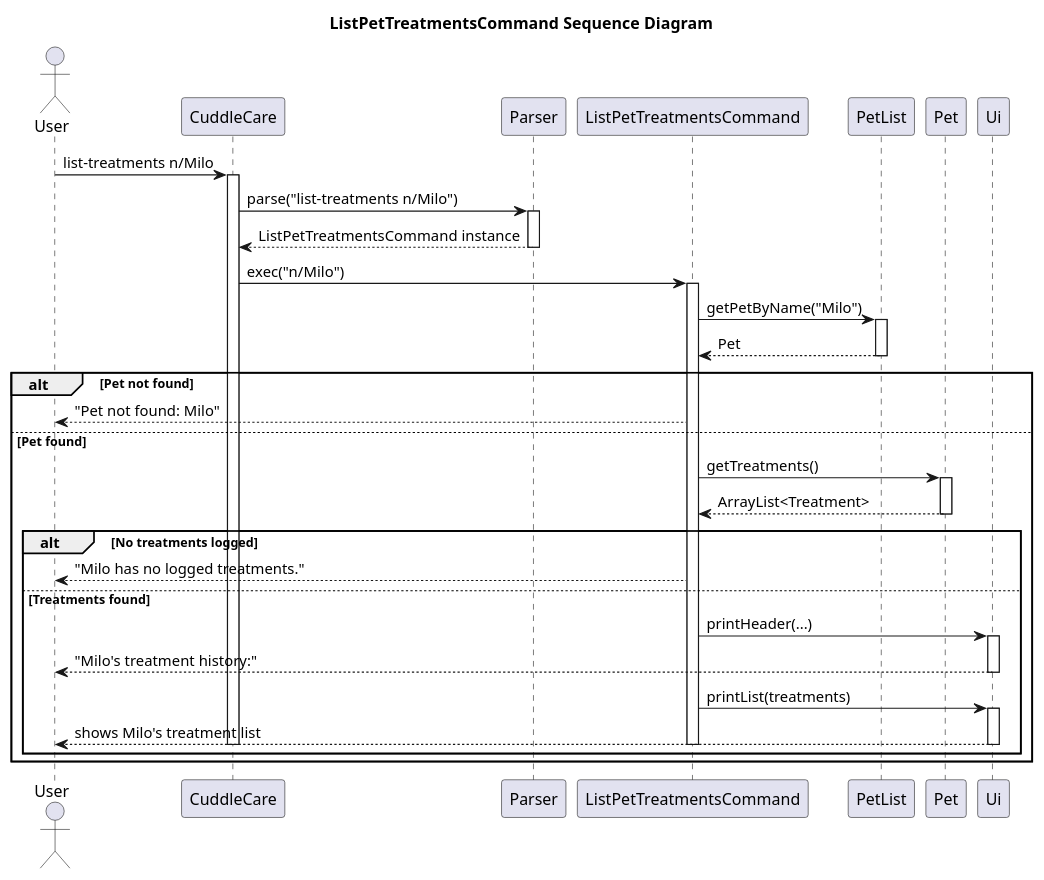
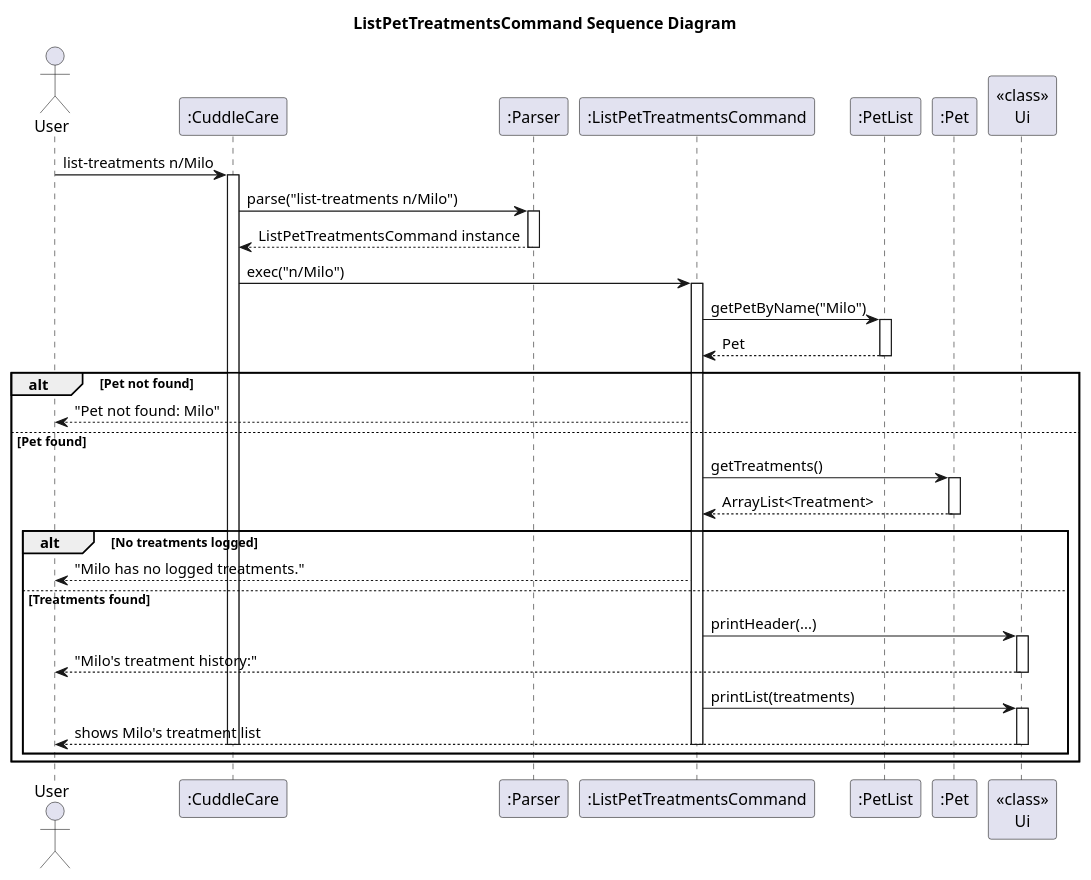
Before and after one commit to Kevin88866/tp: the diagram in docs/uml/ListPetTreatmentsCommandSequence.puml, drawn with PlantUML. The commit also changed 1 other file, not shown here.

Commit message:
Update sequence diagram for ListPetTreatments

```diff
--- a/docs/uml/ListPetTreatmentsCommandSequence.puml
+++ b/docs/uml/ListPetTreatmentsCommandSequence.puml
@@ -1,55 +1,55 @@
 @startuml
 title ListPetTreatmentsCommand Sequence Diagram
 
 actor User
-participant "CuddleCare" as CuddleCare
-participant "Parser" as Parser
-participant "ListPetTreatmentsCommand" as Command
-participant "PetList" as PetList
-participant "Pet" as Pet
-participant "Ui" as Ui
+participant ":CuddleCare" as CuddleCare
+participant ":Parser" as Parser
+participant ":ListPetTreatmentsCommand" as Command
+participant ":PetList" as PetList
+participant ":Pet" as Pet
+participant "<<class>>\nUi" as Ui
 
 
 User -> CuddleCare: list-treatments n/Milo
 activate CuddleCare
 
 CuddleCare -> Parser: parse("list-treatments n/Milo")
 activate Parser
 Parser --> CuddleCare: ListPetTreatmentsCommand instance
 deactivate Parser
 
 CuddleCare -> Command: exec("n/Milo")
 activate Command
 
 
 Command -> PetList: getPetByName("Milo")
 activate PetList
 PetList --> Command: Pet
 deactivate PetList
 
 alt Pet not found
     Command --> User: "Pet not found: Milo"
 
 else Pet found
     Command -> Pet: getTreatments()
     activate Pet
     Pet --> Command: ArrayList<Treatment>
     deactivate Pet
 
     alt No treatments logged
         Command --> User: "Milo has no logged treatments."
 
     else Treatments found
         Command -> Ui: printHeader(...)
         activate Ui
         Ui --> User: "Milo's treatment history:"
         deactivate Ui
         Command -> Ui: printList(treatments)
         activate Ui
         Ui --> User: shows Milo's treatment list
         deactivate Ui
         deactivate Command
         deactivate CuddleCare
     end
 end
 @enduml
```
